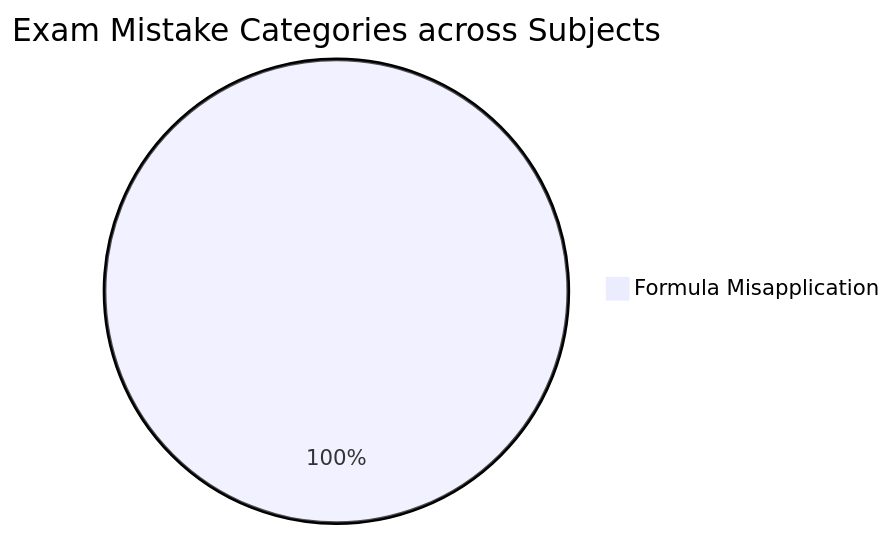
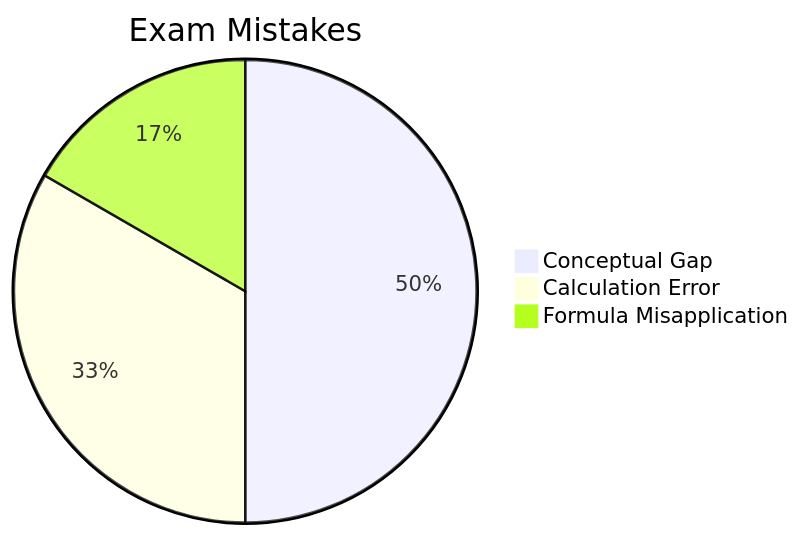
One commit to skc-coder/SAGE changed the fourth of 4 diagrams in content/cds/cds_overview.md. Above: the diagram before and after it, drawn with Mermaid. The commit also changed other lines of this file and 3 other files, not shown here.

First line of the commit message:
fix(skill): relocate Chapter/Topic accuracy charts to Overview pages and enforce concise Mermaid graph titles

````diff
--- a/content/cds/cds_overview.md
+++ b/content/cds/cds_overview.md
@@ -16,4 +35,6 @@
 ```mermaid
-pie title Exam Mistake Categories across Subjects
+pie title Exam Mistakes
+    "Conceptual Gap" : 3
+    "Calculation Error" : 2
     "Formula Misapplication" : 1
 ```
````
